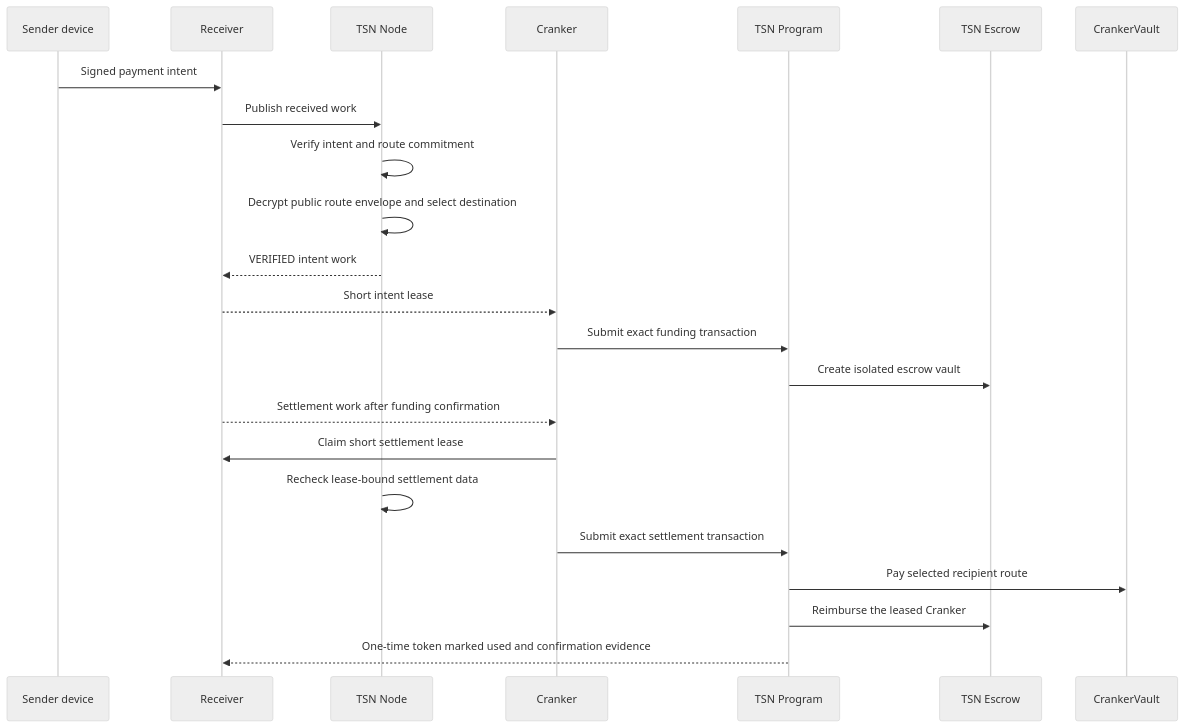
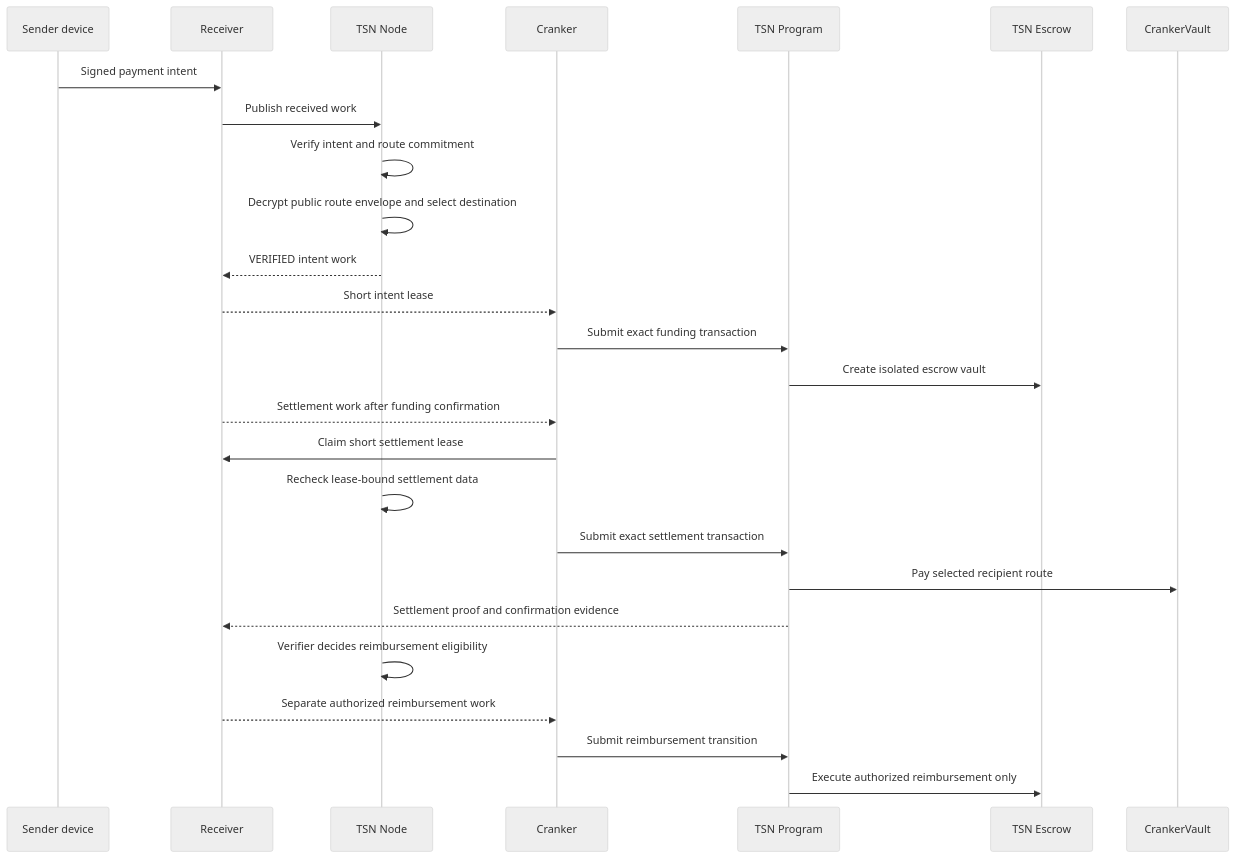
Before and after one commit to bigdreamsweb3/trustlink-pay: the third of 3 diagrams in docs/TSN-FINAL-ARCHITECTURE.md, drawn with Mermaid (neutral theme). The commit also changed other lines of this file and 6 other files, not shown here.

````diff
--- a/docs/TSN-FINAL-ARCHITECTURE.md
+++ b/docs/TSN-FINAL-ARCHITECTURE.md
@@ -117,26 +117,29 @@
 ```mermaid
 sequenceDiagram
   participant S as Sender device
   participant R as Receiver
   participant N as TSN Node
   participant C as Cranker
   participant P as TSN Program
   participant E as TSN Escrow
   participant V as CrankerVault
 
   S->>R: Signed payment intent
   R->>N: Publish received work
   N->>N: Verify intent and route commitment
   N->>N: Decrypt public route envelope and select destination
   N-->>R: VERIFIED intent work
   R-->>C: Short intent lease
   C->>P: Submit exact funding transaction
   P->>E: Create isolated escrow vault
   R-->>C: Settlement work after funding confirmation
   C->>R: Claim short settlement lease
   N->>N: Recheck lease-bound settlement data
   C->>P: Submit exact settlement transaction
   P->>V: Pay selected recipient route
-  P->>E: Reimburse the leased Cranker
-  P-->>R: One-time token marked used and confirmation evidence
+  P-->>R: Settlement proof and confirmation evidence
+  N->>N: Verifier decides reimbursement eligibility
+  R-->>C: Separate authorized reimbursement work
+  C->>P: Submit reimbursement transition
+  P->>E: Execute authorized reimbursement only
 ```
````
